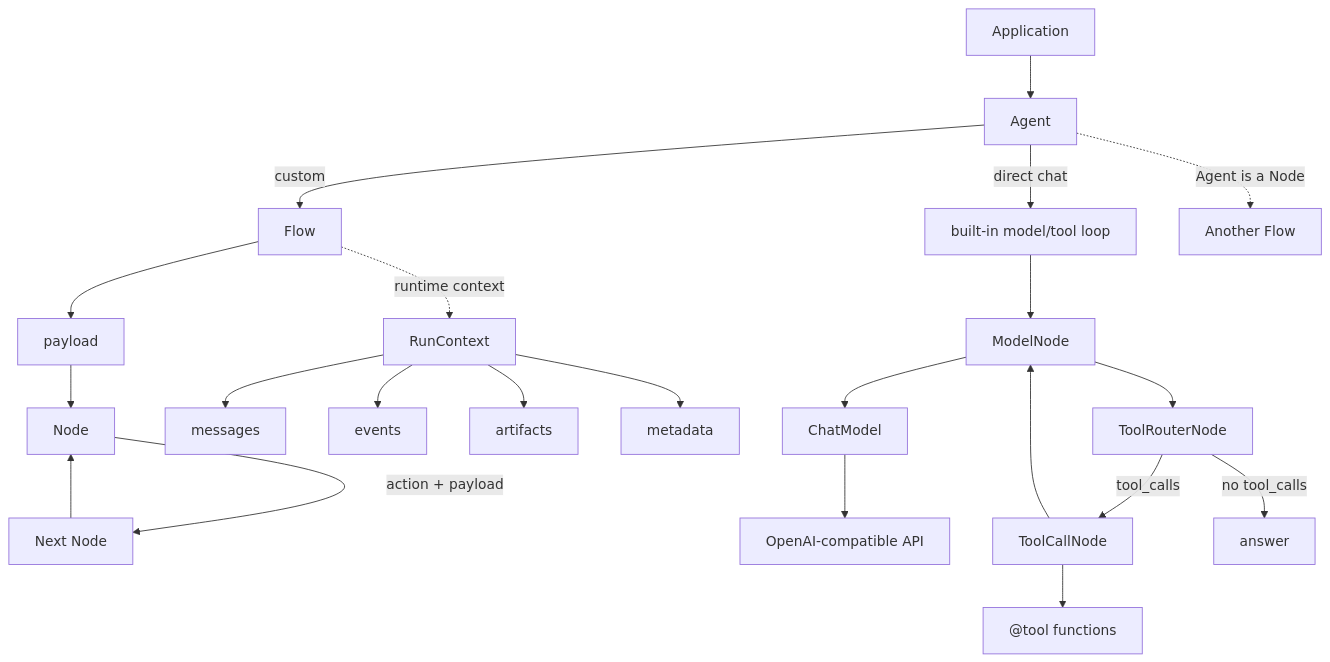
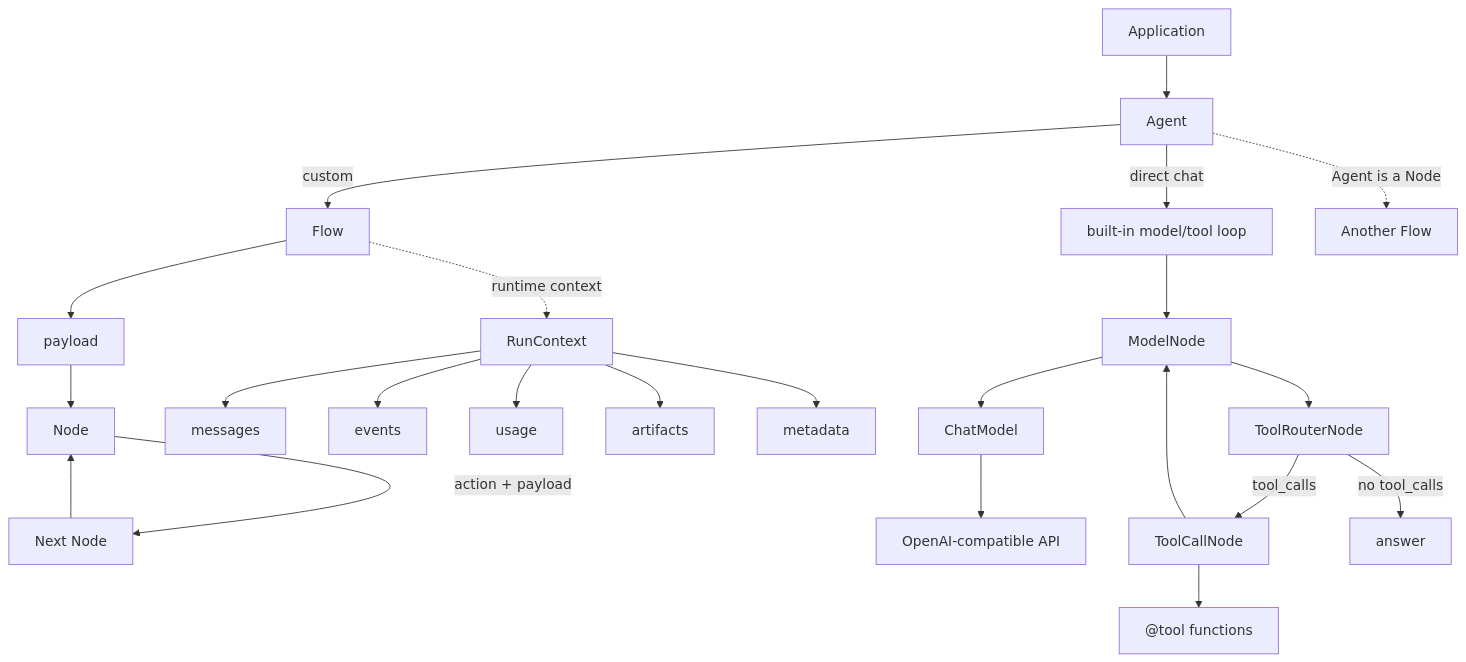
Before and after one commit to Lancetwang/agent-core-runtime: the diagram in README.md, drawn with Mermaid. The commit also changed other lines of this file and 1 other file, not shown here.

Commit message:
Document runtime ownership and usage

````diff
--- a/README.md
+++ b/README.md
@@ -23,27 +23,28 @@
 ```mermaid
 flowchart TD
     App["Application"] --> Agent["Agent"]
     Agent -->|"direct chat"| BuiltIn["built-in model/tool loop"]
     Agent -->|"custom"| Flow["Flow"]
     Agent -. "Agent is a Node" .-> OuterFlow["Another Flow"]
 
     Flow --> Data["payload"]
     Data --> Node["Node"]
     Node -->|"action + payload"| Next["Next Node"]
     Next --> Node
 
     Flow -. "runtime context" .-> Context["RunContext"]
     Context --> Messages["messages"]
     Context --> Events["events"]
+    Context --> Usage["usage"]
     Context --> Artifacts["artifacts"]
     Context --> Metadata["metadata"]
 
     BuiltIn --> ModelNode["ModelNode"]
     ModelNode --> ChatModel["ChatModel"]
     ChatModel --> OpenAI["OpenAI-compatible API"]
     ModelNode --> Router["ToolRouterNode"]
     Router -->|"tool_calls"| ToolNode["ToolCallNode"]
     ToolNode --> Tools["@tool functions"]
     ToolNode --> ModelNode
     Router -->|"no tool_calls"| Answer["answer"]
 ```
````
